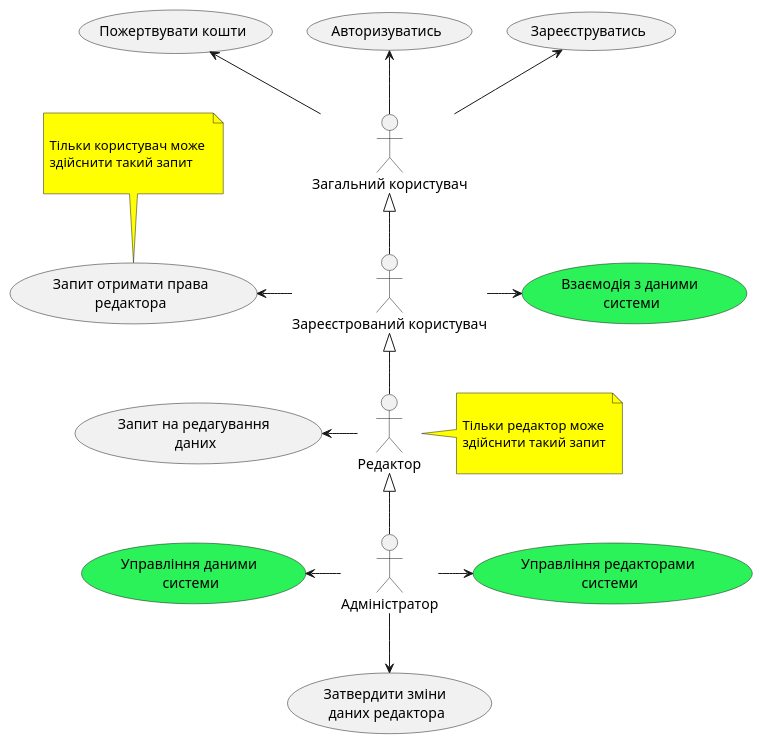
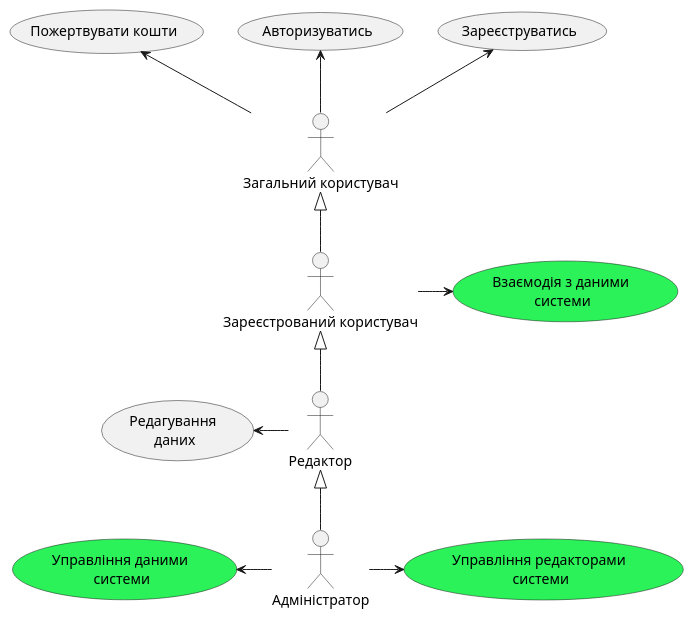
One commit to boldak/edu-db-cw changed the first of 15 diagrams in docs/use cases/README.md. Above: the diagram before and after it, drawn with PlantUML. The commit also changed other lines of this file, not shown here.

Commit message:
Виправлені помилки щодо редактора

```diff
--- a/docs/use cases/README.md
+++ b/docs/use cases/README.md
@@ -12,49 +12,31 @@
 @startuml
 
 actor "Загальний користувач" as GeneralUser
 actor "Зареєстрований користувач" as AuthUser
 actor "Редактор" as Editor
 actor "Адміністратор" as Admin
 
 usecase "Зареєструватись" as UserReg
 usecase "Авторизуватись" as UserAuth
 usecase "Взаємодія з даними \nсистеми" as DataInteract #2cf25a
-usecase "Запит отримати права\nредактора" as ReqEditRights
 usecase "Пожертвувати кошти" as Donate
-usecase "Запит на редагування \nданих" as ReqEditData
+usecase "Редагування \nданих" as EditData
 usecase "Управління даними \nсистеми" as MngData #2cf25a
 usecase "Управління редакторами \nсистеми" as MngEditors #2cf25a
-usecase "Затвердити зміни \nданих редактора" as ApproveChanges
 
 GeneralUser -u-> UserReg
 GeneralUser -u-> UserAuth
 GeneralUser -u-> Donate
 
 AuthUser -u-|> GeneralUser
 
-AuthUser -l-> ReqEditRights
 AuthUser -r-> DataInteract
 
-note top of ReqEditRights #yellow
-
-        Тільки користувач може 
-        здійснити такий запит
-
-    end note
-
 Editor -u-|> AuthUser
-Editor -l-> ReqEditData
-
-note right of Editor #yellow
-    
-        Тільки редактор може 
-        здійснити такий запит
-
-    end note
+Editor -l-> EditData
 
 Admin -u-|> Editor
 Admin -l-> MngData
 Admin -r-> MngEditors
-Admin --> ApproveChanges
 
 @enduml
```
